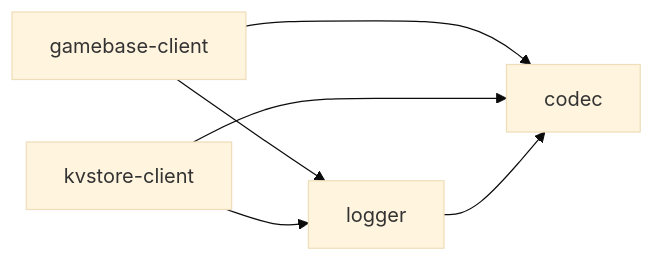
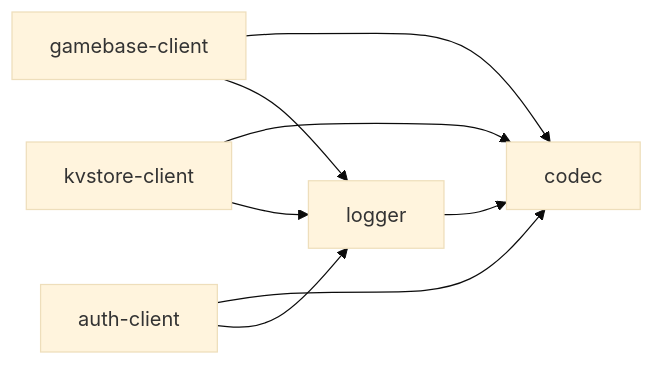
The diagram in README.md (yingyeothon/csharplib), drawn with Mermaid (base theme) before and after one commit. The commit also changed other lines of this file and 74 other files, not shown here.

First line of the commit message:
Land the rest of auth-client

````diff
--- a/README.md
+++ b/README.md
@@ -49,8 +50,10 @@
 ```mermaid
 graph LR
   gamebase-client --> codec
   gamebase-client --> logger
   kvstore-client --> codec
   kvstore-client --> logger
+  auth-client --> codec
+  auth-client --> logger
   logger --> codec
 ```
````
